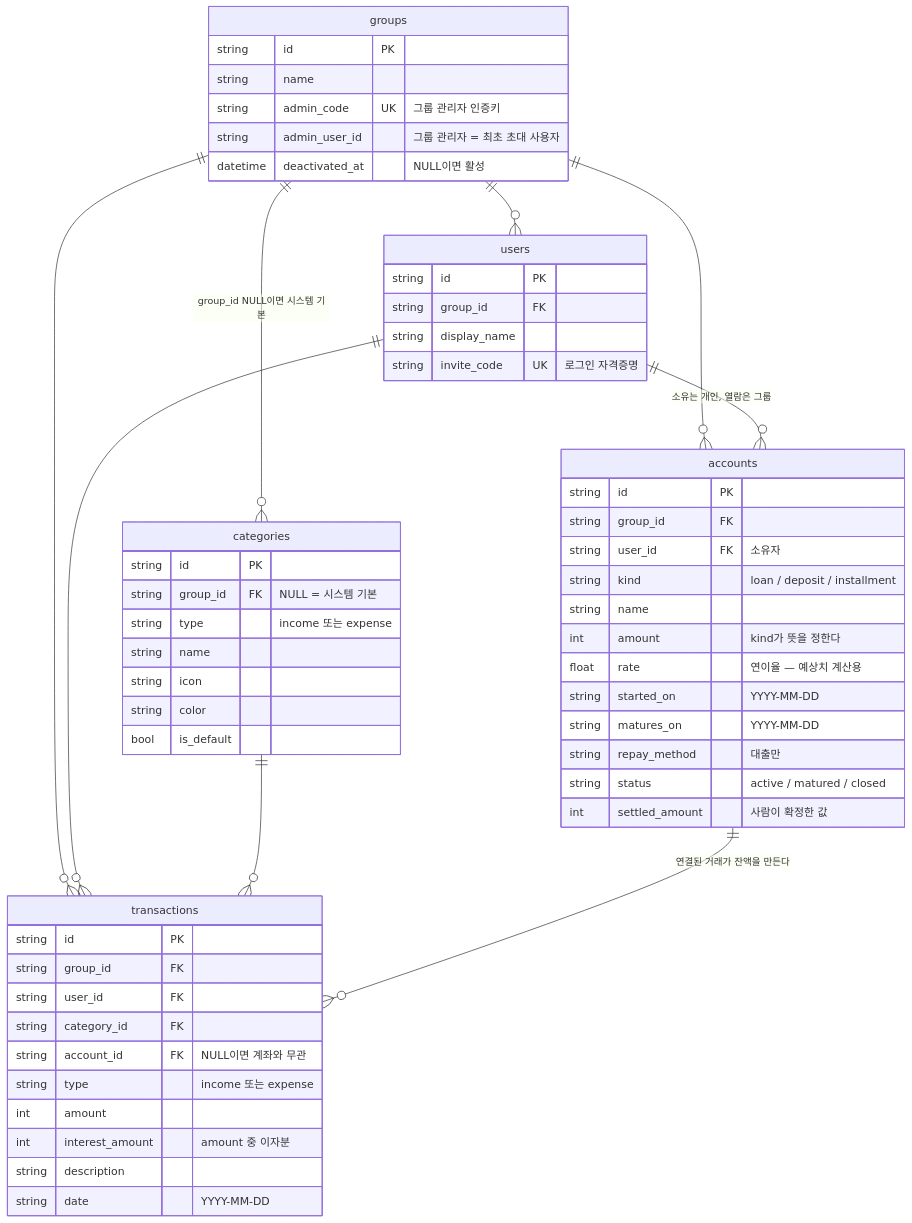
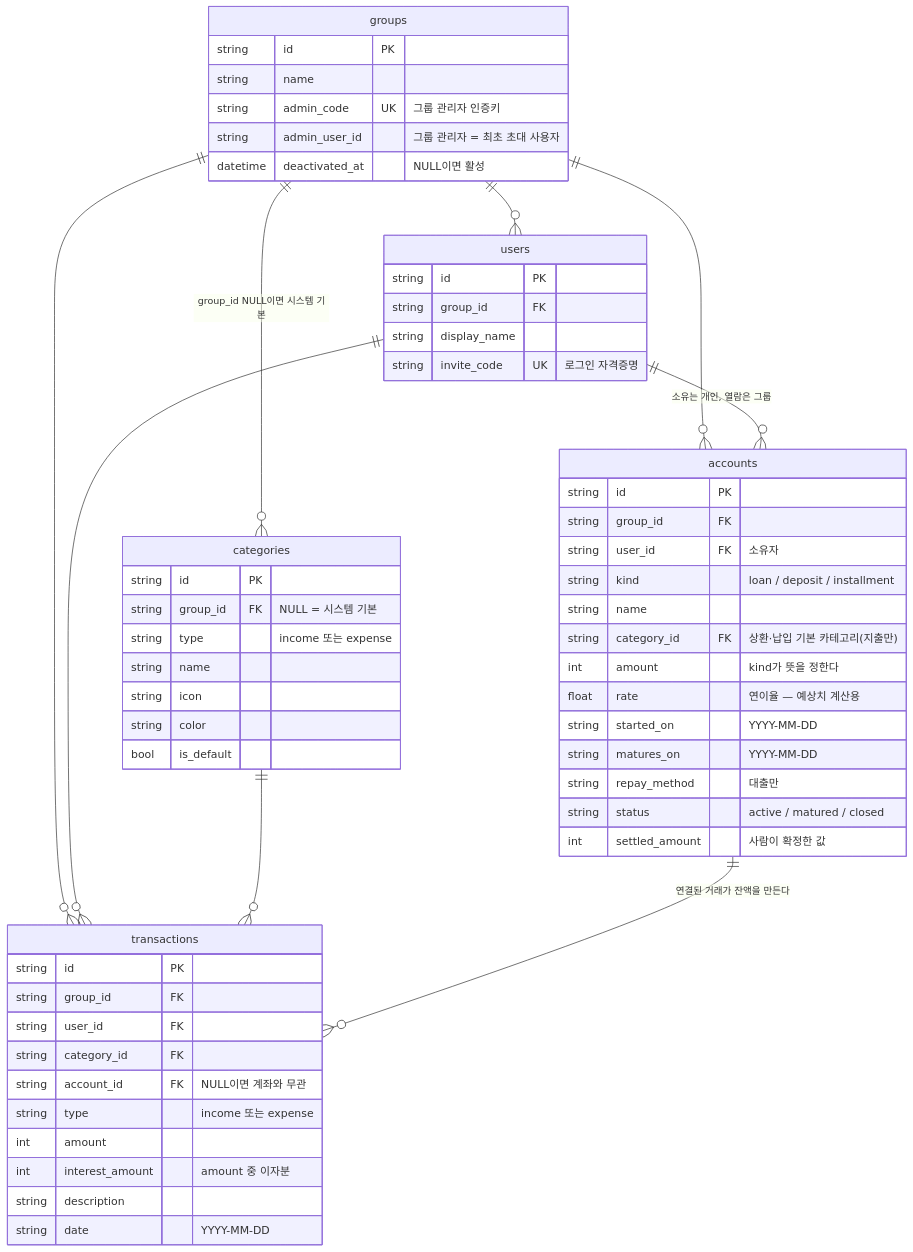
The diagram in docs/data-model.md (s2ngK/claude-asset-man), drawn with Mermaid before and after one commit. The commit also changed other lines of this file and 16 other files, not shown here.

````diff
--- a/docs/data-model.md
+++ b/docs/data-model.md
@@ -7,60 +7,61 @@
 ```mermaid
 erDiagram
     groups ||--o{ users : ""
     groups ||--o{ transactions : ""
     groups ||--o{ categories : "group_id NULL이면 시스템 기본"
     groups ||--o{ accounts : ""
     users ||--o{ transactions : ""
     users ||--o{ accounts : "소유는 개인, 열람은 그룹"
     categories ||--o{ transactions : ""
     accounts ||--o{ transactions : "연결된 거래가 잔액을 만든다"
 
     groups {
         string id PK
         string name
         string admin_code UK "그룹 관리자 인증키"
         string admin_user_id "그룹 관리자 = 최초 초대 사용자"
         datetime deactivated_at "NULL이면 활성"
     }
     users {
         string id PK
         string group_id FK
         string display_name
         string invite_code UK "로그인 자격증명"
     }
     categories {
         string id PK
         string group_id FK "NULL = 시스템 기본"
         string type "income 또는 expense"
         string name
         string icon
         string color
         bool is_default
     }
     transactions {
         string id PK
         string group_id FK
         string user_id FK
         string category_id FK
         string account_id FK "NULL이면 계좌와 무관"
         string type "income 또는 expense"
         int amount
         int interest_amount "amount 중 이자분"
         string description
         string date "YYYY-MM-DD"
     }
     accounts {
         string id PK
         string group_id FK
         string user_id FK "소유자"
         string kind "loan / deposit / installment"
         string name
+        string category_id FK "상환·납입 기본 카테고리(지출만)"
         int amount "kind가 뜻을 정한다"
         float rate "연이율 — 예상치 계산용"
         string started_on "YYYY-MM-DD"
         string matures_on "YYYY-MM-DD"
         string repay_method "대출만"
         string status "active / matured / closed"
         int settled_amount "사람이 확정한 값"
     }
 ```
````
